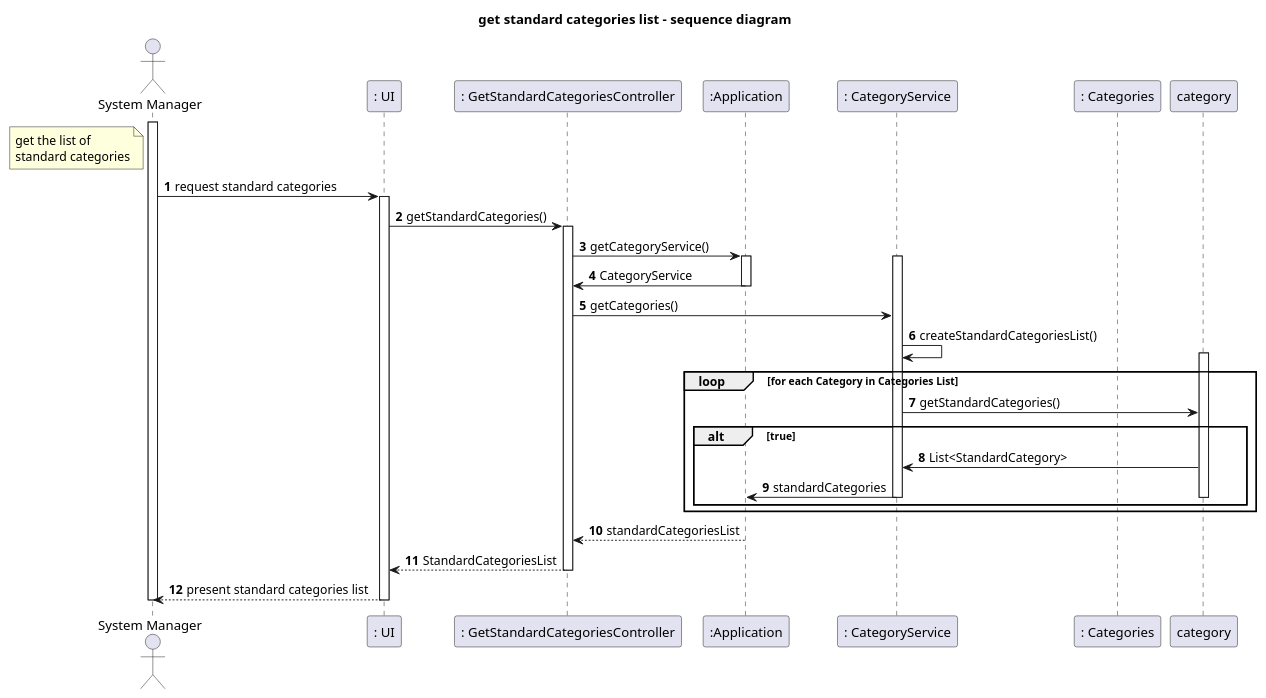
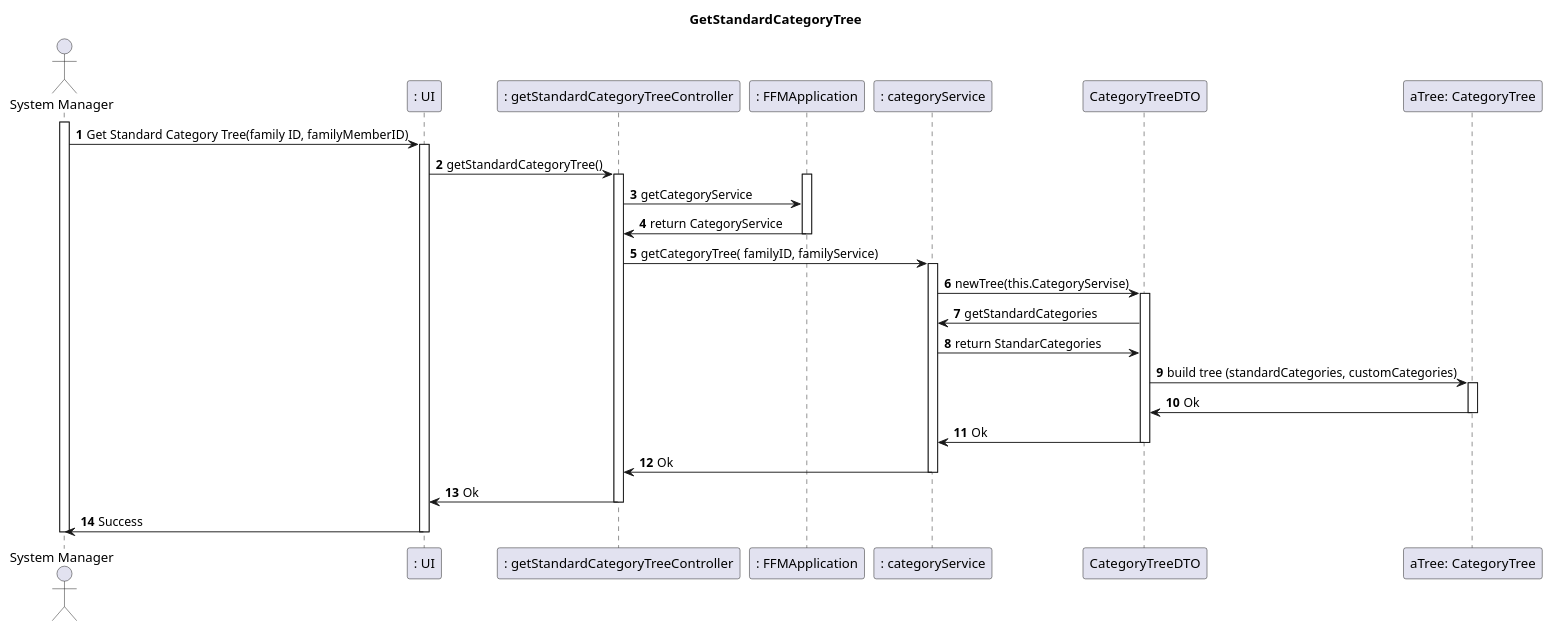
Before and after one commit to tomas-osswald/switch_2020_g3: the first of 2 diagrams in docs/sprint1/user_stories/US002_GetStandardCategoriesTree.md, drawn with PlantUML. The commit also changed other lines of this file, not shown here.

Commit message:
update in docs

`````diff
--- a/docs/sprint1/user_stories/US002_GetStandardCategoriesTree.md
+++ b/docs/sprint1/user_stories/US002_GetStandardCategoriesTree.md
@@ -32,42 +32,43 @@
 ````puml
+@startuml
 autonumber
-title get standard categories list - sequence diagram
-actor "System Manager" as systemManager
-participant ": UI" as ui
-participant ": GetStandardCategoriesController" as controller
-participant ":Application" as app
-participant ": CategoryService" as service
-participant ": Categories" as list
-note left of systemManager:  get the list of \nstandard categories
-activate systemManager
-systemManager -> ui : request standard categories
-activate ui
-ui -> controller : getStandardCategories()
+title GetStandardCategoryTree
+actor "System Manager" as actor
+participant ": UI" as UI
+participant ": getStandardCategoryTreeController" as controller
+participant ": FFMApplication" as application
+participant ": categoryService" as catservice
+participant "CategoryTreeDTO" as tree
+participant "aTree: CategoryTree" as atree
+
+activate actor
+actor -> UI: Get Standard Category Tree(family ID, familyMemberID)
+activate UI
+UI -> controller: getStandardCategoryTree()
 activate controller
-controller -> app : getCategoryService()
-activate app
-activate service
-app -> controller : CategoryService
-deactivate app
-controller -> service : getCategories()
-service -> service : createStandardCategoriesList()
-activate category
-loop for each Category in Categories List
-service -> category : getStandardCategories()
-alt true
-category -> service : List<StandardCategory>
-service -> app : standardCategories
-deactivate service
-deactivate category
-end
-end
+activate application
+controller -> application: getCategoryService
+application -> controller: return CategoryService
+deactivate application
+controller -> catservice: getCategoryTree( familyID, familyService)
+activate catservice
+catservice -> tree: newTree(this.CategoryServise)
+activate tree
+tree -> catservice: getStandardCategories
+catservice->tree: return StandarCategories
+tree->atree: build tree (standardCategories, customCategories)
+activate atree
+atree->tree: Ok
+deactivate atree
+tree->catservice:Ok
+deactivate tree
+catservice->controller:Ok
+deactivate catservice
+controller->UI: Ok
+deactivate controller
+UI->actor: Success
+deactivate UI
+deactivate actor
 
-app --> controller : standardCategoriesList
-deactivate app
-controller --> ui :StandardCategoriesList
-deactivate controller
-ui --> systemManager : present standard categories list
-deactivate ui
-deactivate systemManager
 @enduml
 ````
`````
